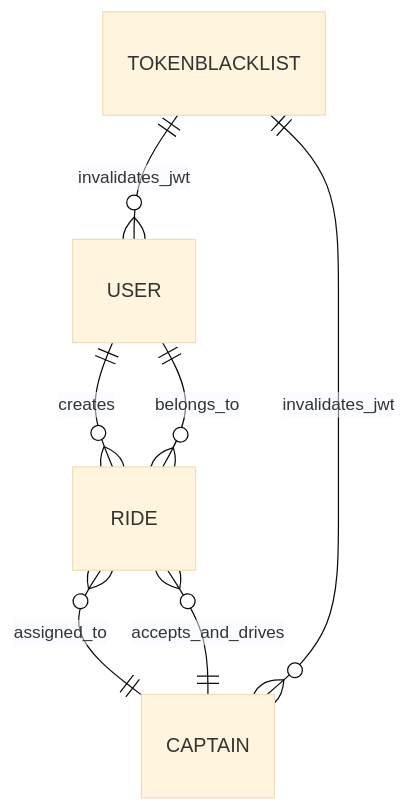
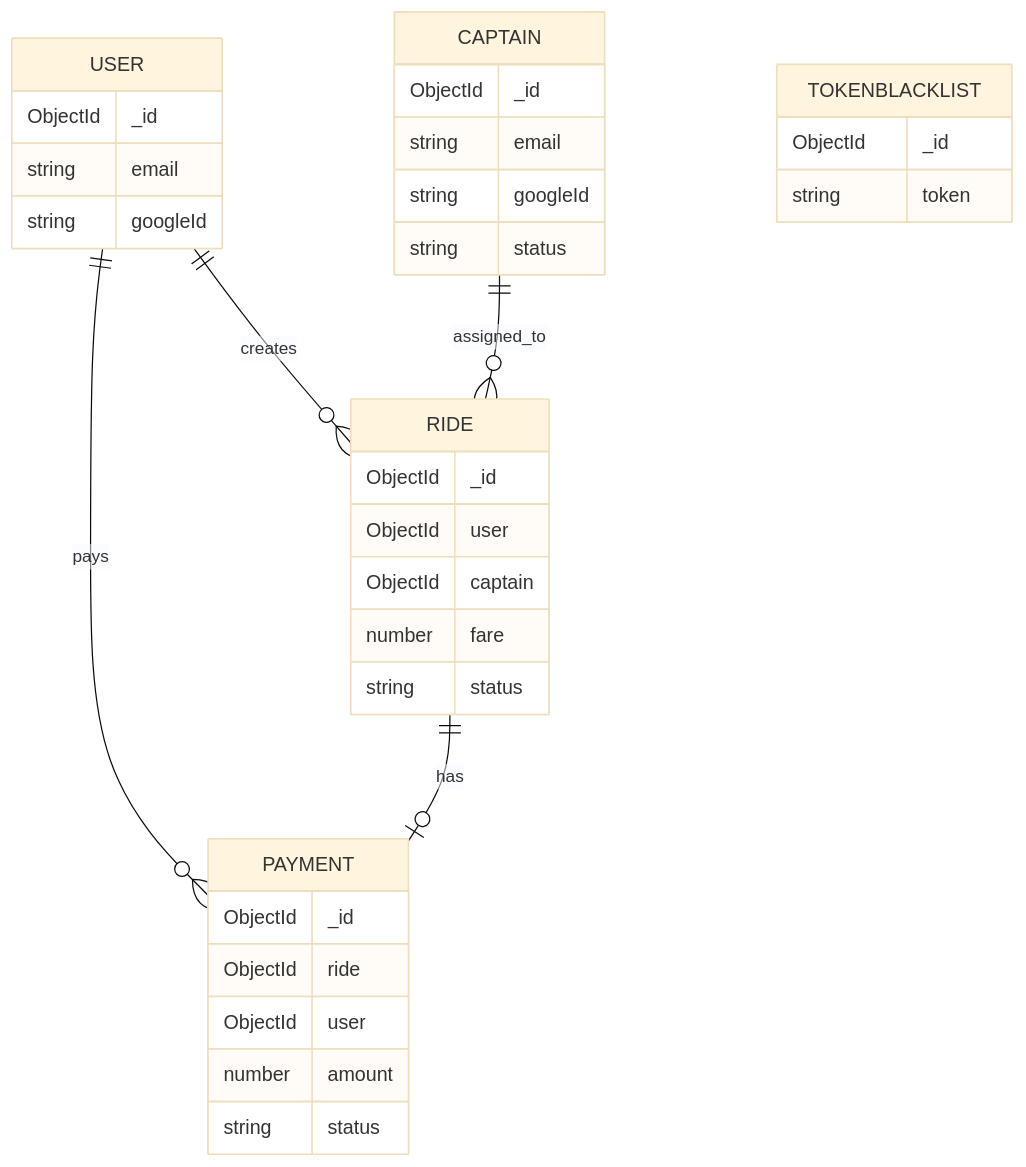
One commit to himanshu-sahu-027/goSafar changed diagram 13 of 15 in README.md. Above: the diagram before and after it, drawn with Mermaid (base theme). The commit also changed other lines of this file and 29 other files, not shown here.

First line of the commit message:
feat: add Google Sign-In functionality to Captain and User authentication flows

````diff
--- a/README.md
+++ b/README.md
@@ -714,9 +407,36 @@
 ```mermaid
 erDiagram
     USER ||--o{ RIDE : creates
-    CAPTAIN ||--o{ RIDE : accepts_and_drives
-    RIDE }o--|| USER : belongs_to
-    RIDE }o--|| CAPTAIN : assigned_to
-    TOKENBLACKLIST ||--o{ USER : invalidates_jwt
-    TOKENBLACKLIST ||--o{ CAPTAIN : invalidates_jwt
+    CAPTAIN ||--o{ RIDE : assigned_to
+    USER ||--o{ PAYMENT : pays
+    RIDE ||--o| PAYMENT : has
+    USER {
+        ObjectId _id
+        string email
+        string googleId
+    }
+    CAPTAIN {
+        ObjectId _id
+        string email
+        string googleId
+        string status
+    }
+    RIDE {
+        ObjectId _id
+        ObjectId user
+        ObjectId captain
+        number fare
+        string status
+    }
+    PAYMENT {
+        ObjectId _id
+        ObjectId ride
+        ObjectId user
+        number amount
+        string status
+    }
+    TOKENBLACKLIST {
+        ObjectId _id
+        string token
+    }
 ```
````
